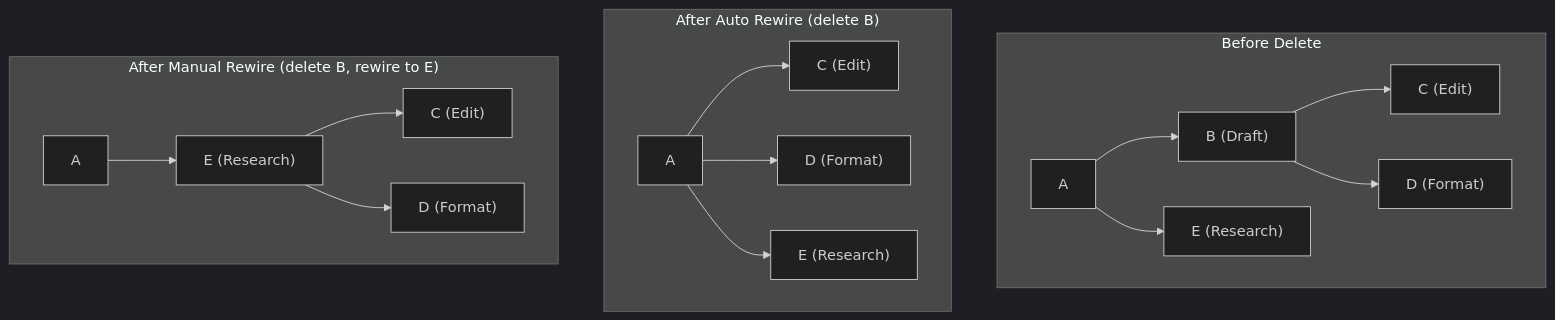
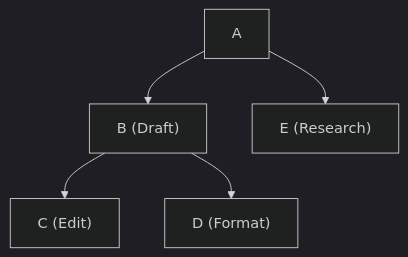
Diagram 17 of 34 in TEXTBOOK.md (branmcf/tenex-take-home), drawn with Mermaid (dark theme) before and after one commit. The commit also changed other lines of this file and 14 other files, not shown here.

````diff
--- a/TEXTBOOK.md
+++ b/TEXTBOOK.md
@@ -2151,21 +2799,7 @@
 ```mermaid
 graph TD
-    subgraph "Before Delete"
-        A1[A] --> B1["B (Draft)"]
-        B1 --> C1["C (Edit)"]
-        B1 --> D1["D (Format)"]
-        A1 --> E1["E (Research)"]
-    end
-
-    subgraph "After Auto Rewire (delete B)"
-        A2[A] --> C2["C (Edit)"]
-        A2 --> D2["D (Format)"]
-        A2 --> E2["E (Research)"]
-    end
-
-    subgraph "After Manual Rewire (delete B, rewire to E)"
-        A3[A] --> E3["E (Research)"]
-        E3 --> C3["C (Edit)"]
-        E3 --> D3["D (Format)"]
-    end
+    A[A] --> B["B (Draft)"]
+    B --> C["C (Edit)"]
+    B --> D["D (Format)"]
+    A --> E["E (Research)"]
 ```
````
